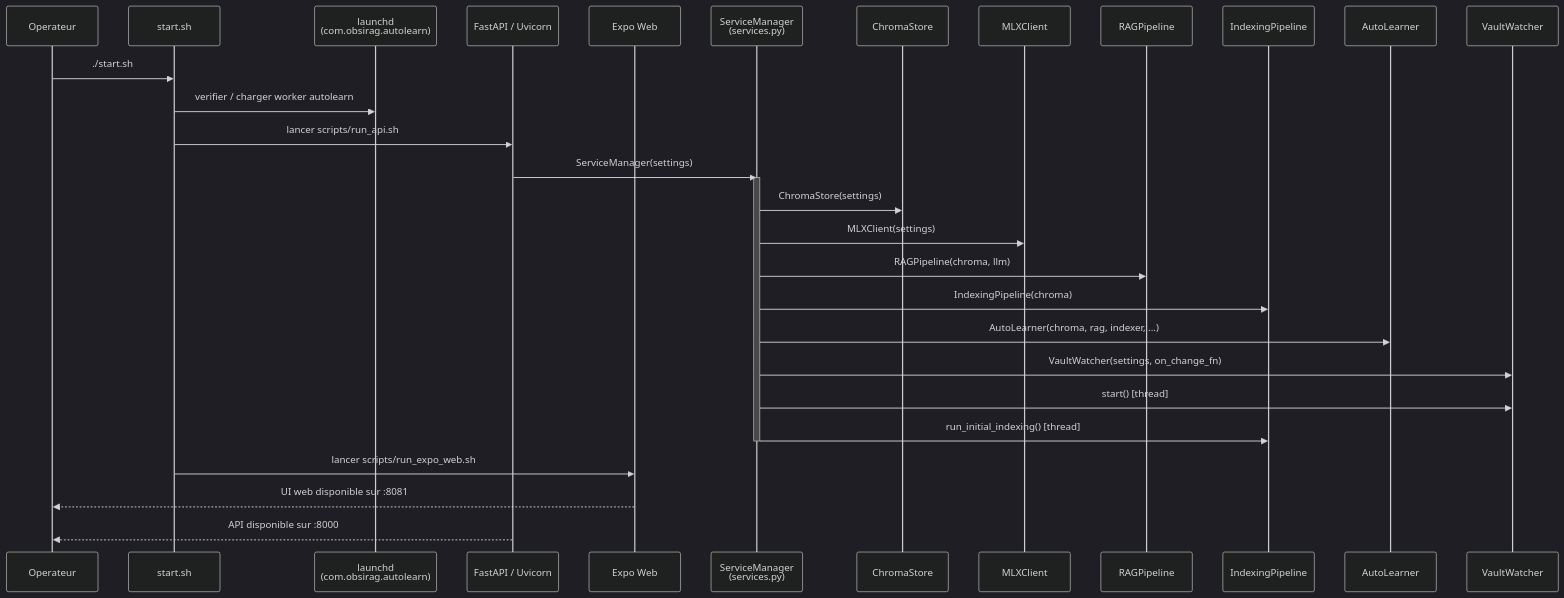
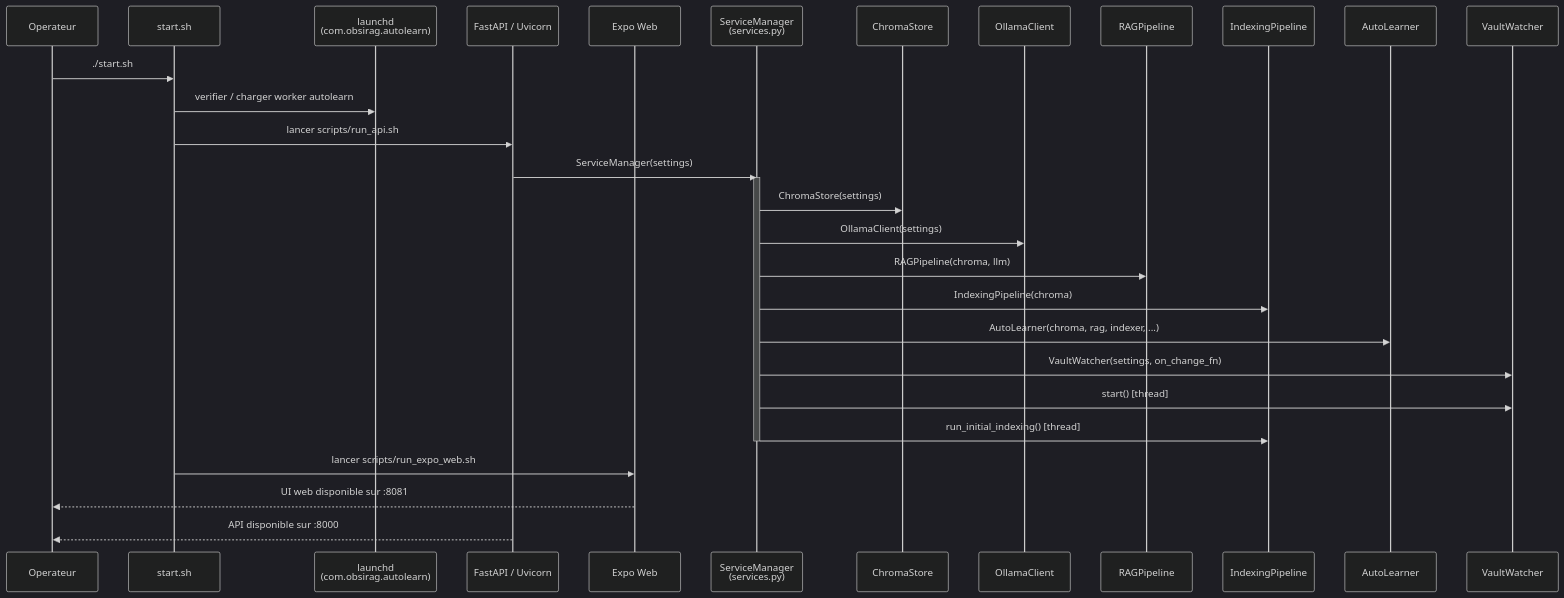
The first of 4 diagrams in docs/sequence.md (pat-the-geek/obsirag), drawn with Mermaid (dark theme) before and after one commit. The commit also changed other lines of this file and 6 other files, not shown here.

Commit message:
docs: replace mlx references with ollama

````diff
--- a/docs/sequence.md
+++ b/docs/sequence.md
@@ -9,33 +9,33 @@
 ```mermaid
 sequenceDiagram
     participant DEV as Operateur
     participant START as start.sh
     participant LD as launchd<br/>(com.obsirag.autolearn)
     participant API as FastAPI / Uvicorn
     participant EXPO as Expo Web
     participant SM as ServiceManager<br/>(services.py)
     participant CS as ChromaStore
-    participant MLX as MLXClient
+    participant OLLAMA as OllamaClient
     participant RAG as RAGPipeline
     participant IDX as IndexingPipeline
     participant AL as AutoLearner
     participant VW as VaultWatcher
 
     DEV->>START: ./start.sh
     START->>LD: verifier / charger worker autolearn
     START->>API: lancer scripts/run_api.sh
     API->>SM: ServiceManager(settings)
     activate SM
     SM->>CS: ChromaStore(settings)
-    SM->>MLX: MLXClient(settings)
+    SM->>OLLAMA: OllamaClient(settings)
     SM->>RAG: RAGPipeline(chroma, llm)
     SM->>IDX: IndexingPipeline(chroma)
     SM->>AL: AutoLearner(chroma, rag, indexer, ...)
     SM->>VW: VaultWatcher(settings, on_change_fn)
     SM->>VW: start() [thread]
     SM->>IDX: run_initial_indexing() [thread]
     deactivate SM
     START->>EXPO: lancer scripts/run_expo_web.sh
     EXPO-->>DEV: UI web disponible sur :8081
     API-->>DEV: API disponible sur :8000
 ```
````
